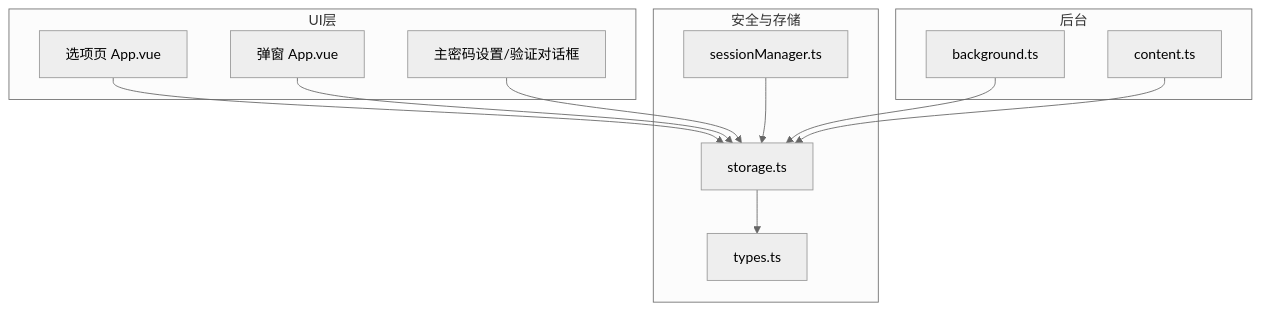
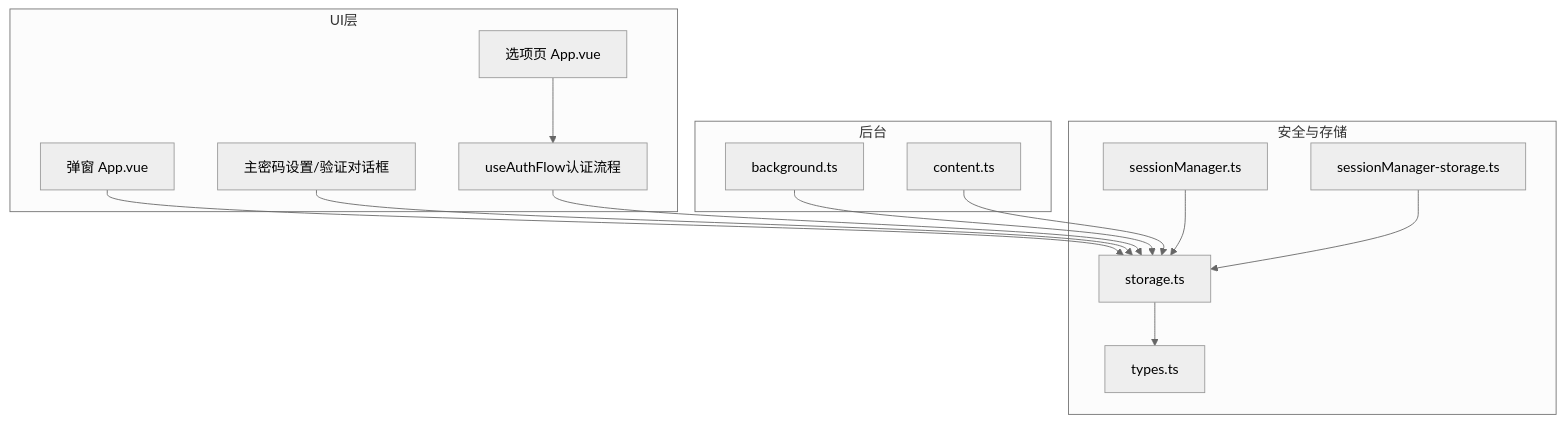
The first of 8 diagrams in .qoder/repowiki/zh/content/安全机制/安全机制.md (liaolongdong/account-password-helper), drawn with Mermaid (neutral theme) before and after one commit. The commit also changed other lines of this file and 7 other files, not shown here.

````diff
--- a/.qoder/repowiki/zh/content/安全机制/安全机制.md
+++ b/.qoder/repowiki/zh/content/安全机制/安全机制.md
@@ -42,24 +54,28 @@
 ```mermaid
 graph TB
 subgraph "UI层"
 Options["选项页 App.vue"]
 Popup["弹窗 App.vue"]
 MPDialog["主密码设置/验证对话框"]
+AuthFlow["useAuthFlow认证流程"]
 end
 subgraph "后台"
 Background["background.ts"]
 Content["content.ts"]
 end
 subgraph "安全与存储"
 Storage["storage.ts"]
 SessionMgr["sessionManager.ts"]
+SessionMgrStorage["sessionManager-storage.ts"]
 Types["types.ts"]
 end
-Options --> Storage
+Options --> AuthFlow
 Popup --> Storage
 MPDialog --> Storage
+AuthFlow --> Storage
 Background --> Storage
 Content --> Storage
 Storage --> Types
 SessionMgr --> Storage
+SessionMgrStorage --> Storage
 ```
````
